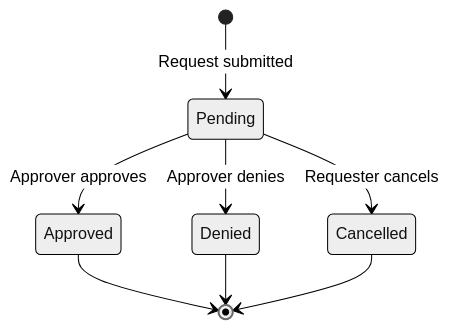
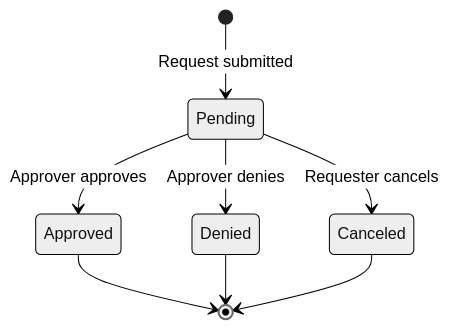
The third of 8 diagrams in PRD.md (spine-examples/access-desk-ts), drawn with Mermaid (neutral theme) before and after one commit. The commit also changed other lines of this file and 25 other files, not shown here.

````diff
--- a/PRD.md
+++ b/PRD.md
@@ -488,10 +488,10 @@
 ```mermaid
 stateDiagram-v2
     [*] --> Pending: Request submitted
     Pending --> Approved: Approver approves
     Pending --> Denied: Approver denies
-    Pending --> Cancelled: Requester cancels
+    Pending --> Canceled: Requester cancels
     Approved --> [*]
     Denied --> [*]
-    Cancelled --> [*]
+    Canceled --> [*]
 ```
````
